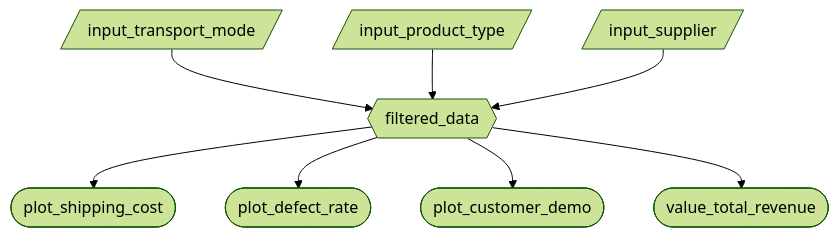
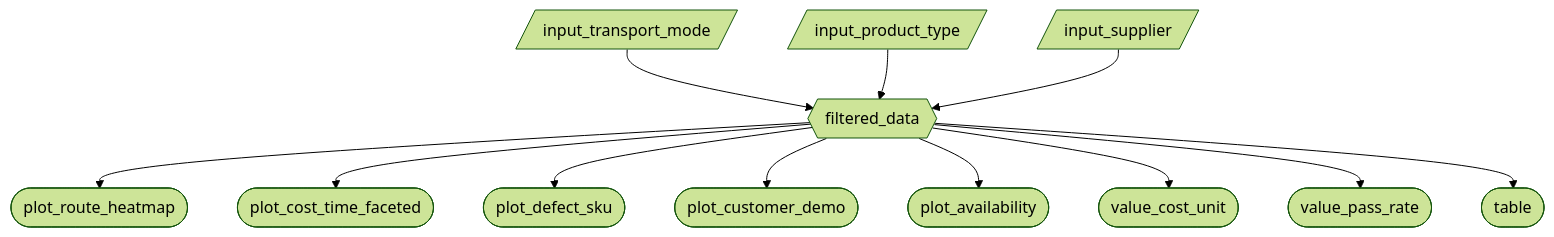
The first of 2 diagrams in reports/m2_spec.md (UBC-MDS/DSCI-532_2026_27_Supply_Chain_Dashboard), drawn with Mermaid (forest theme) before and after one commit. The commit also changed other lines of this file, not shown here.

````diff
--- a/reports/m2_spec.md
+++ b/reports/m2_spec.md
@@ -34,11 +70,15 @@
 ```mermaid
 flowchart TD
     A[/input_transport_mode/] --> F{{filtered_data}}
     B[/input_product_type/] --> F
     C[/input_supplier/] --> F
 
-    F --> P1([plot_shipping_cost])
-    F --> P2([plot_defect_rate])
-    F --> P3([plot_customer_demo])
-    F --> V1([value_total_revenue])
+    F --> P1([plot_route_heatmap])
+    F --> P2([plot_cost_time_faceted])
+    F --> P3([plot_defect_sku])
+    F --> P4([plot_customer_demo])
+    F --> P5([plot_availability])
+    F --> V1([value_cost_unit])
+    F --> V2([value_pass_rate])
+    F --> T([table])
 ```
````
